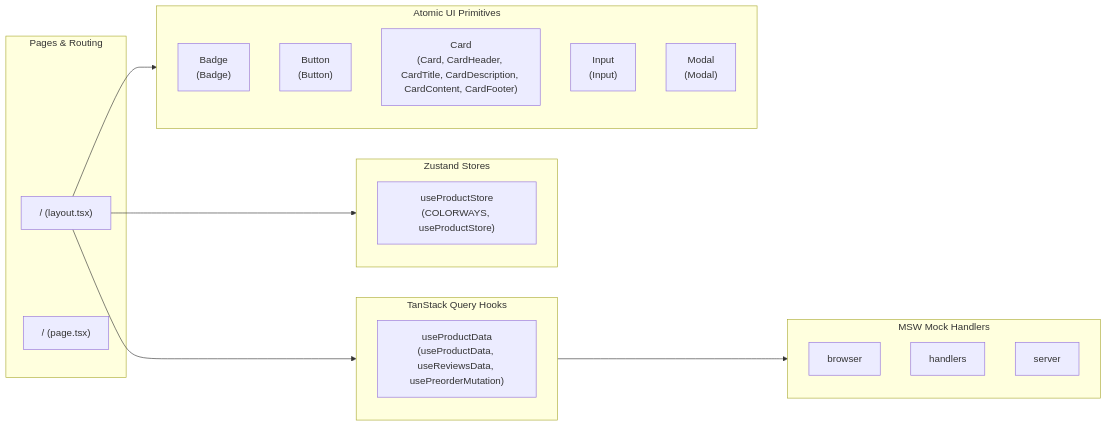
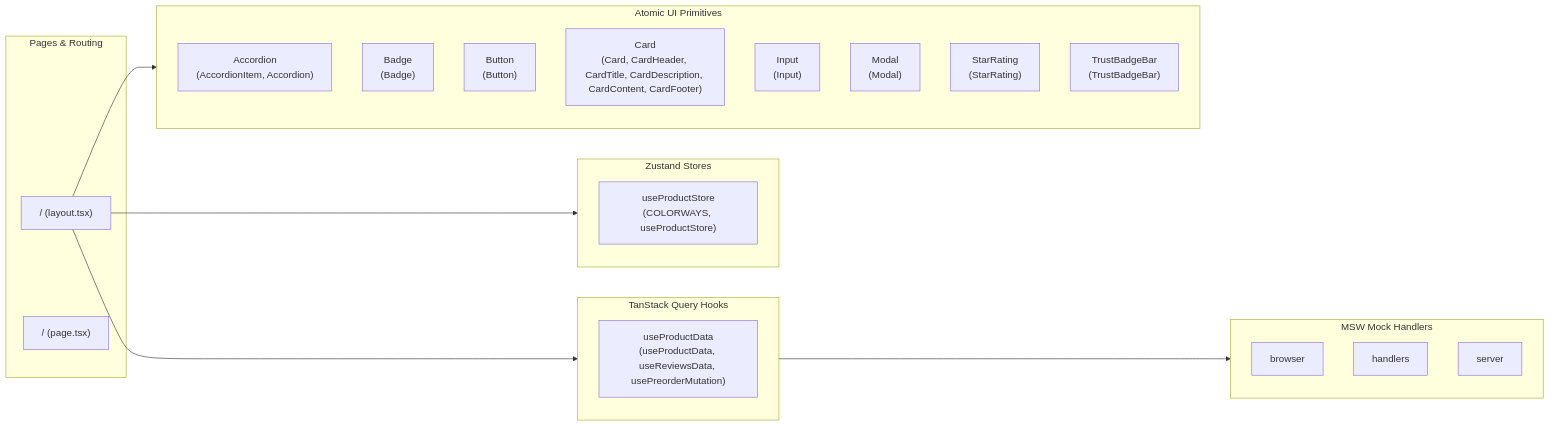
The third of 3 diagrams in ARCHITECTURE.md (calin-m/RoH-Sound), drawn with Mermaid before and after one commit. The commit also changed other lines of this file and 35 other files, not shown here.

````diff
--- a/ARCHITECTURE.md
+++ b/ARCHITECTURE.md
@@ -88,41 +88,47 @@
 ```mermaid
 flowchart LR
     subgraph Routes ["Pages & Routing"]
         Route_0["/ (layout.tsx)"]
         Route_1["/ (page.tsx)"]
     end
 
     subgraph Queries ["TanStack Query Hooks"]
         Query_0["useProductData
 (useProductData, useReviewsData, usePreorderMutation)"]
     end
 
     subgraph Stores ["Zustand Stores"]
         Store_0["useProductStore
 (COLORWAYS, useProductStore)"]
     end
 
     subgraph UIComponents ["Atomic UI Primitives"]
-        UI_0["Badge
+        UI_0["Accordion
+(AccordionItem, Accordion)"]
+        UI_1["Badge
 (Badge)"]
-        UI_1["Button
+        UI_2["Button
 (Button)"]
-        UI_2["Card
+        UI_3["Card
 (Card, CardHeader, CardTitle, CardDescription, CardContent, CardFooter)"]
-        UI_3["Input
+        UI_4["Input
 (Input)"]
-        UI_4["Modal
+        UI_5["Modal
 (Modal)"]
+        UI_6["StarRating
+(StarRating)"]
+        UI_7["TrustBadgeBar
+(TrustBadgeBar)"]
     end
 
     subgraph Mocks ["MSW Mock Handlers"]
         Mock_0["browser"]
         Mock_1["handlers"]
         Mock_2["server"]
     end
 
     Route_0 --> UIComponents
     Route_0 --> Stores
     Route_0 --> Queries
     Queries --> Mocks
 ```
````
